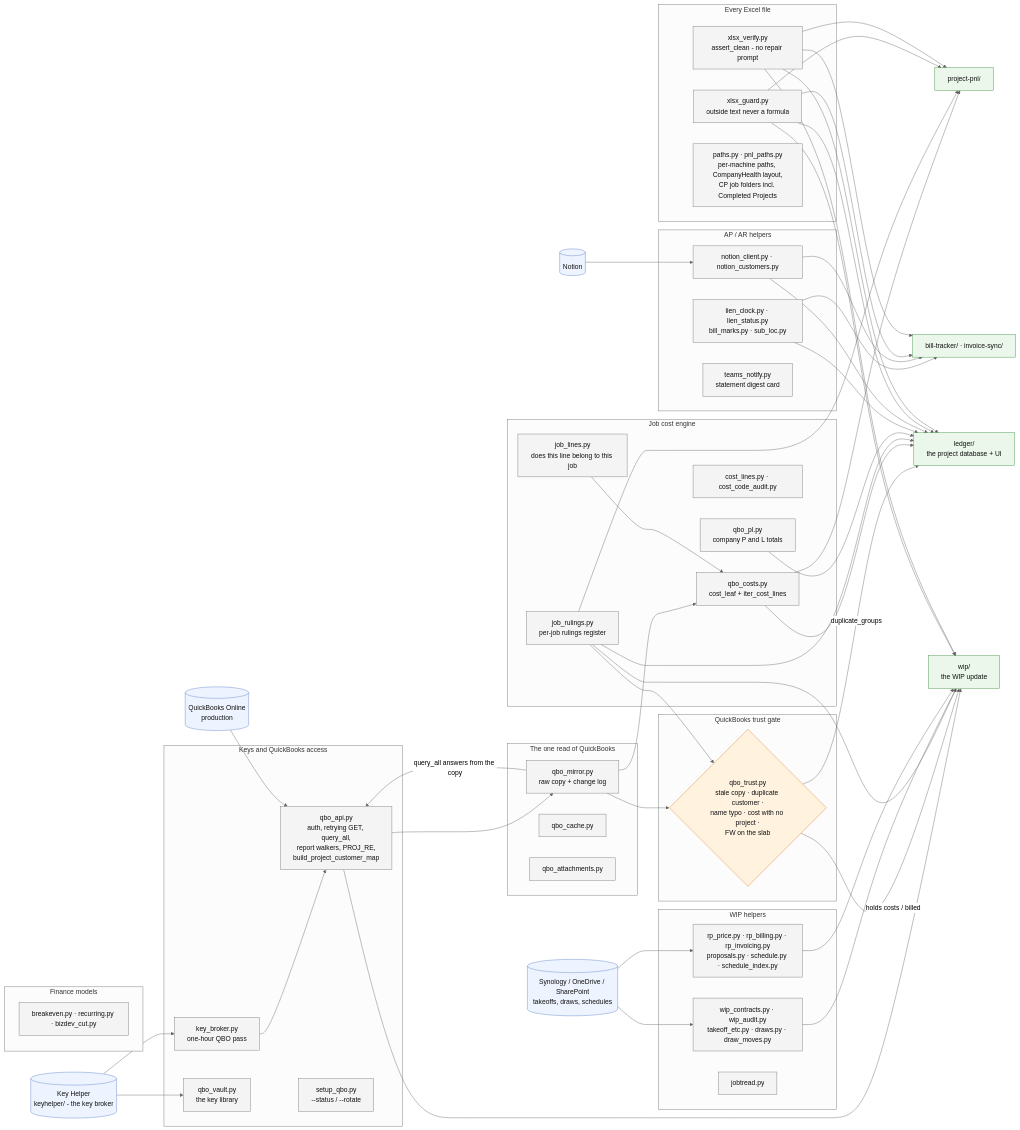
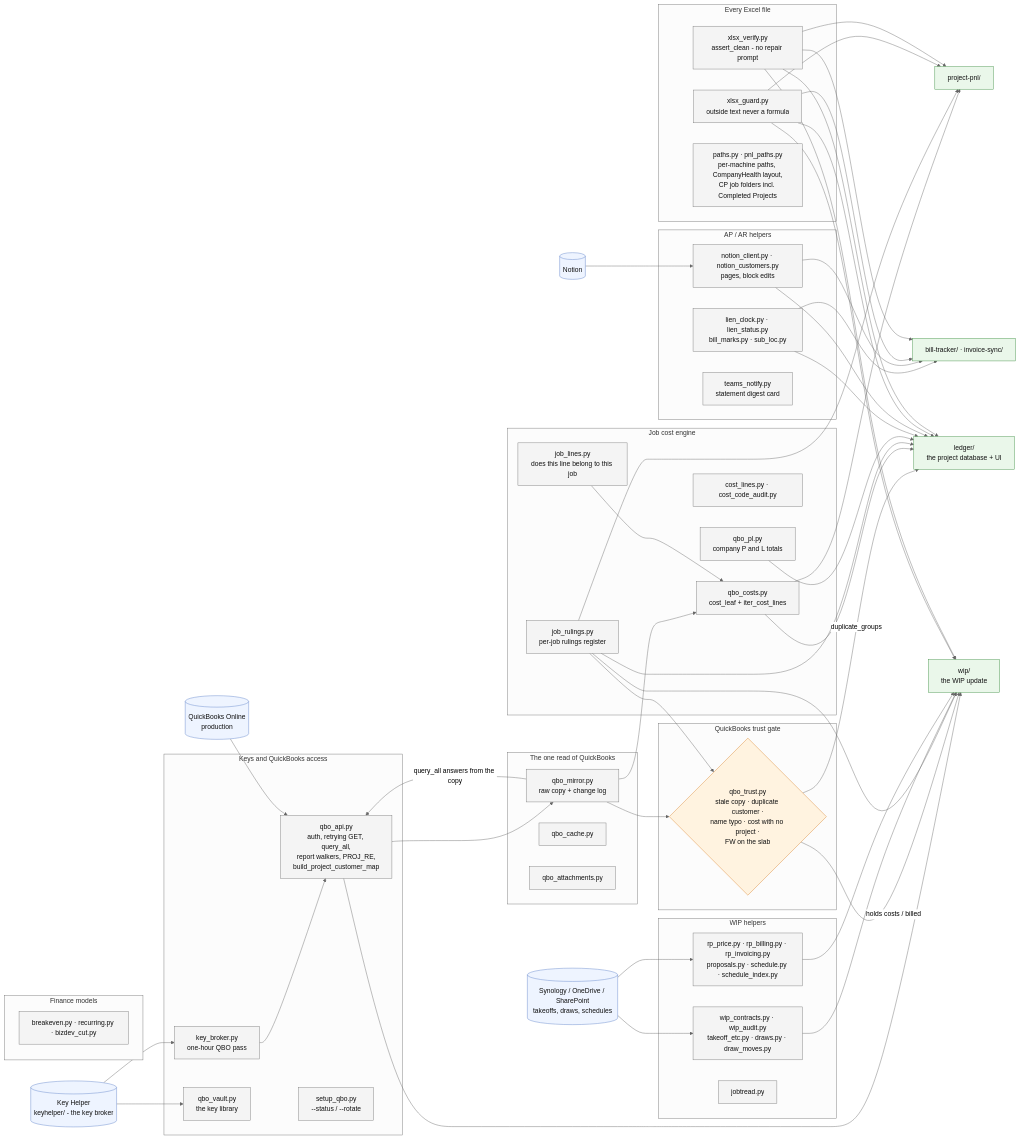
Before and after one commit to Ecarlo-Proficient/Claude-Report: the diagram in shared/FLOW.md, drawn with Mermaid (neutral theme). The commit also changed other lines of this file and 9 other files, not shown here.

```diff
--- a/shared/FLOW.md
+++ b/shared/FLOW.md
@@ -64,7 +64,7 @@
 
     subgraph LIEN["AP / AR helpers"]
         LC["lien_clock.py · lien_status.py<br/>bill_marks.py · sub_loc.py"]:::mod
-        NC["notion_client.py · notion_customers.py"]:::mod
+        NC["notion_client.py · notion_customers.py<br/>pages, block edits"]:::mod
         TN["teams_notify.py<br/>statement digest card"]:::mod
     end
     NOT --> NC
```
